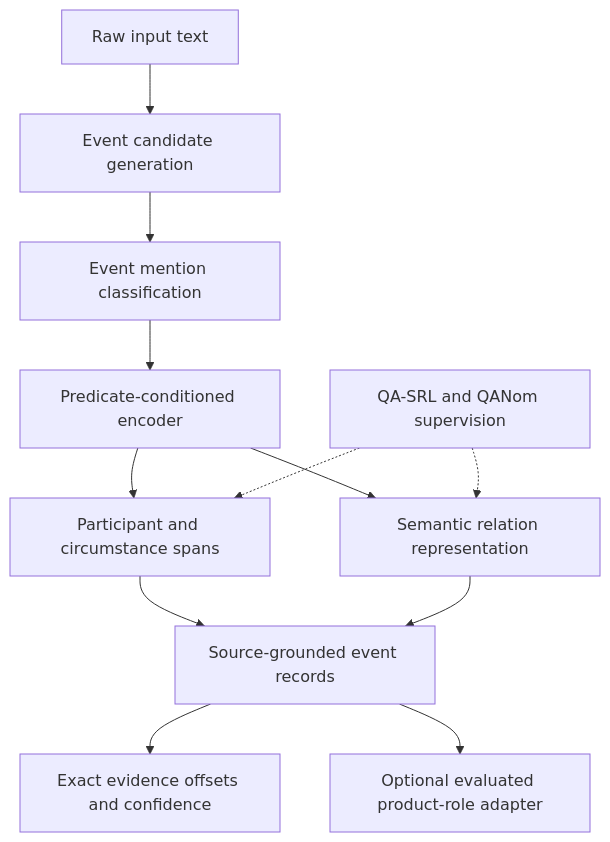
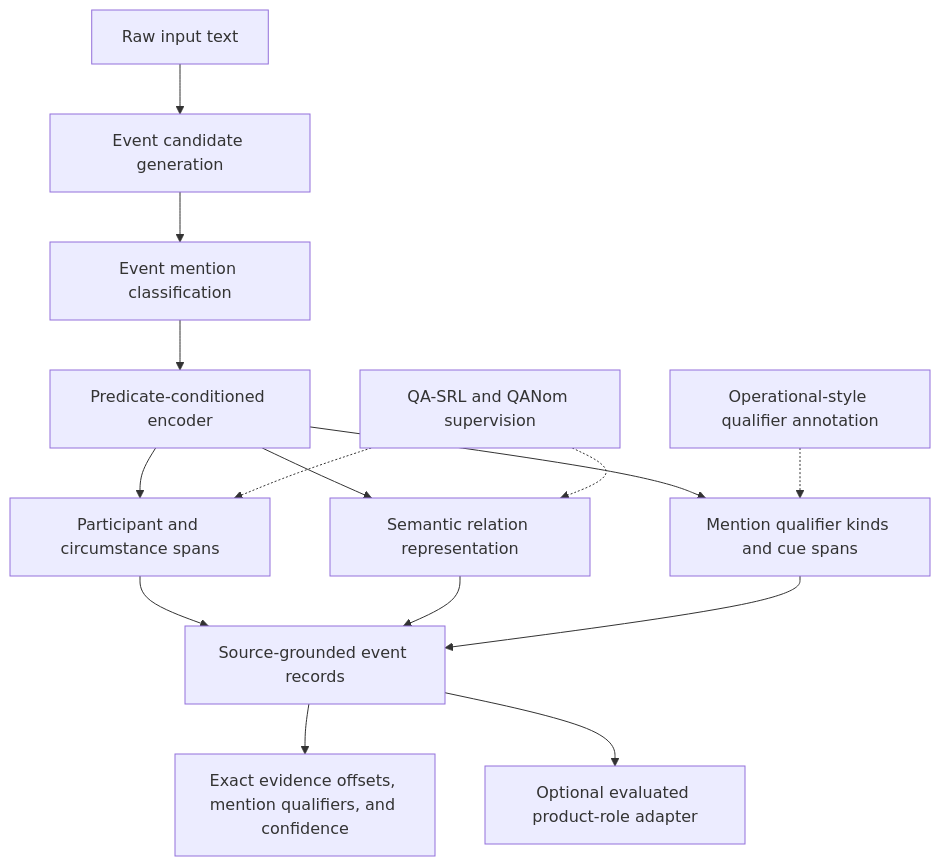
Before and after one commit to ayo-aa/semantic-action-extractor: the first of 2 diagrams in README.md, drawn with Mermaid. The commit also changed other lines of this file and 29 other files, not shown here.

Commit message:
Add source-grounded mention qualifiers

````diff
--- a/README.md
+++ b/README.md
@@ -96,14 +97,17 @@
 ```mermaid
 flowchart TB
     A["Raw input text"] --> B["Event candidate generation"]
     B --> C["Event mention classification"]
     C --> D["Predicate-conditioned encoder"]
     D --> E["Participant and circumstance spans"]
     D --> F["Semantic relation representation"]
+    D --> J["Mention qualifier kinds and cue spans"]
     Q["QA-SRL and QANom supervision"] -.-> E
     Q -.-> F
+    R["Operational-style qualifier annotation"] -.-> J
     E --> G["Source-grounded event records"]
     F --> G
-    G --> H["Exact evidence offsets and confidence"]
+    J --> G
+    G --> H["Exact evidence offsets, mention qualifiers, and confidence"]
     G --> I["Optional evaluated product-role adapter"]
 ```
````
